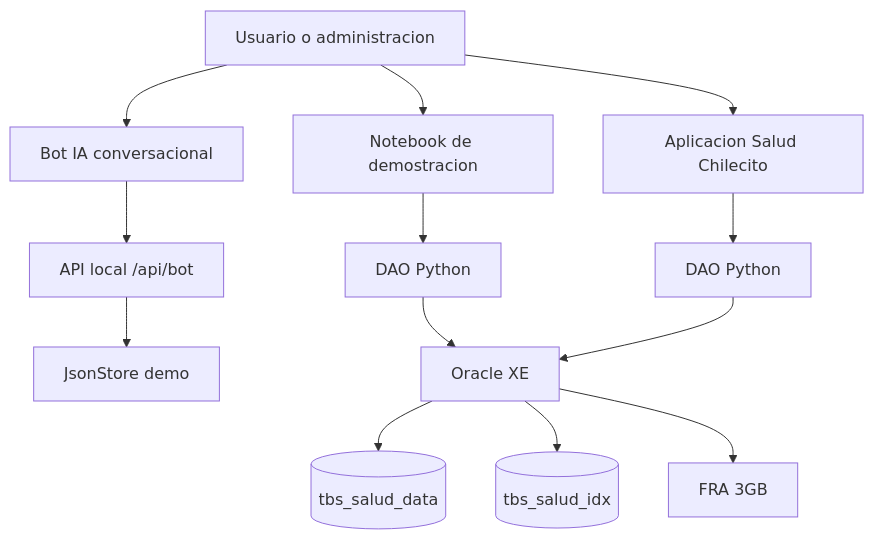
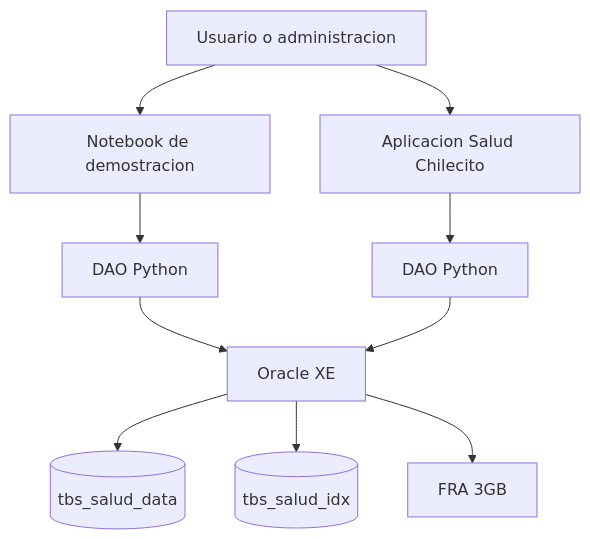
One commit to davidfajardotorres777/plataforma-salud-chilecito changed the diagram in docs/ARQUITECTURA.md. Above: the diagram before and after it, drawn with Mermaid. The commit also changed other lines of this file, not shown here.

Commit message:
Eliminar referencias al bot IA en docs/ARQUITECTURA.md

````diff
--- a/docs/ARQUITECTURA.md
+++ b/docs/ARQUITECTURA.md
@@ -5,15 +5,12 @@
 ```mermaid
 flowchart TD
     A[Usuario o administracion] --> B[Aplicacion Salud Chilecito]
-    A --> H[Bot IA conversacional]
     A --> K[Notebook de demostracion]
-    H --> I[API local /api/bot]
-    I --> J[JsonStore demo]
     K --> L[DAO Python]
     L --> D
     B --> C[DAO Python]
     C --> D[Oracle XE]
     D --> E[(tbs_salud_data)]
     D --> F[(tbs_salud_idx)]
     D --> G[FRA 3GB]
 ```
````
